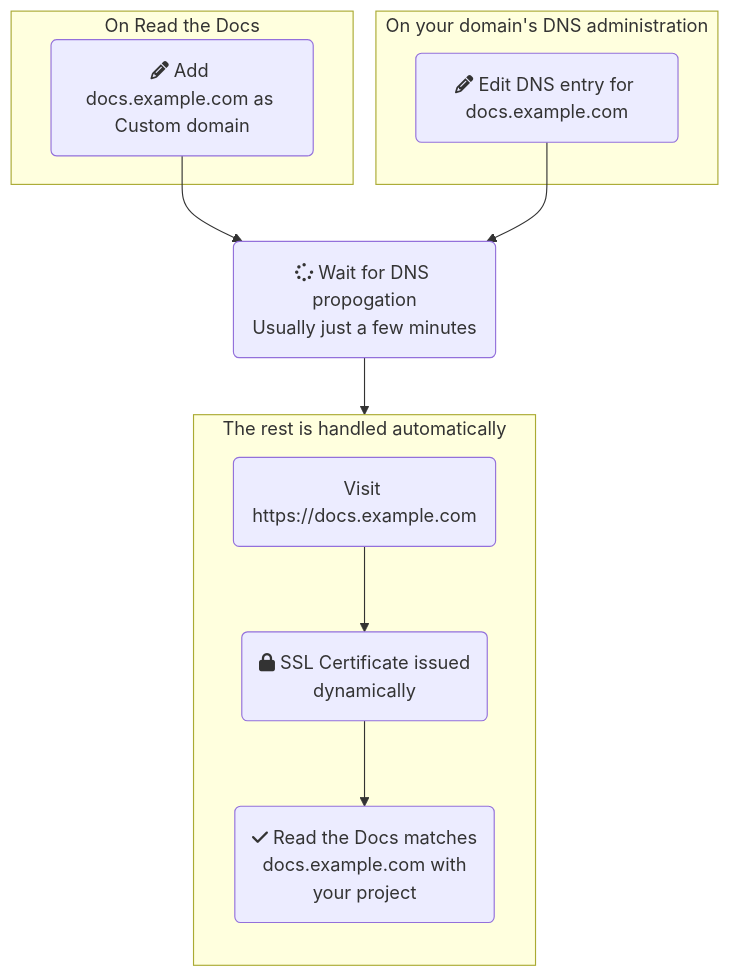
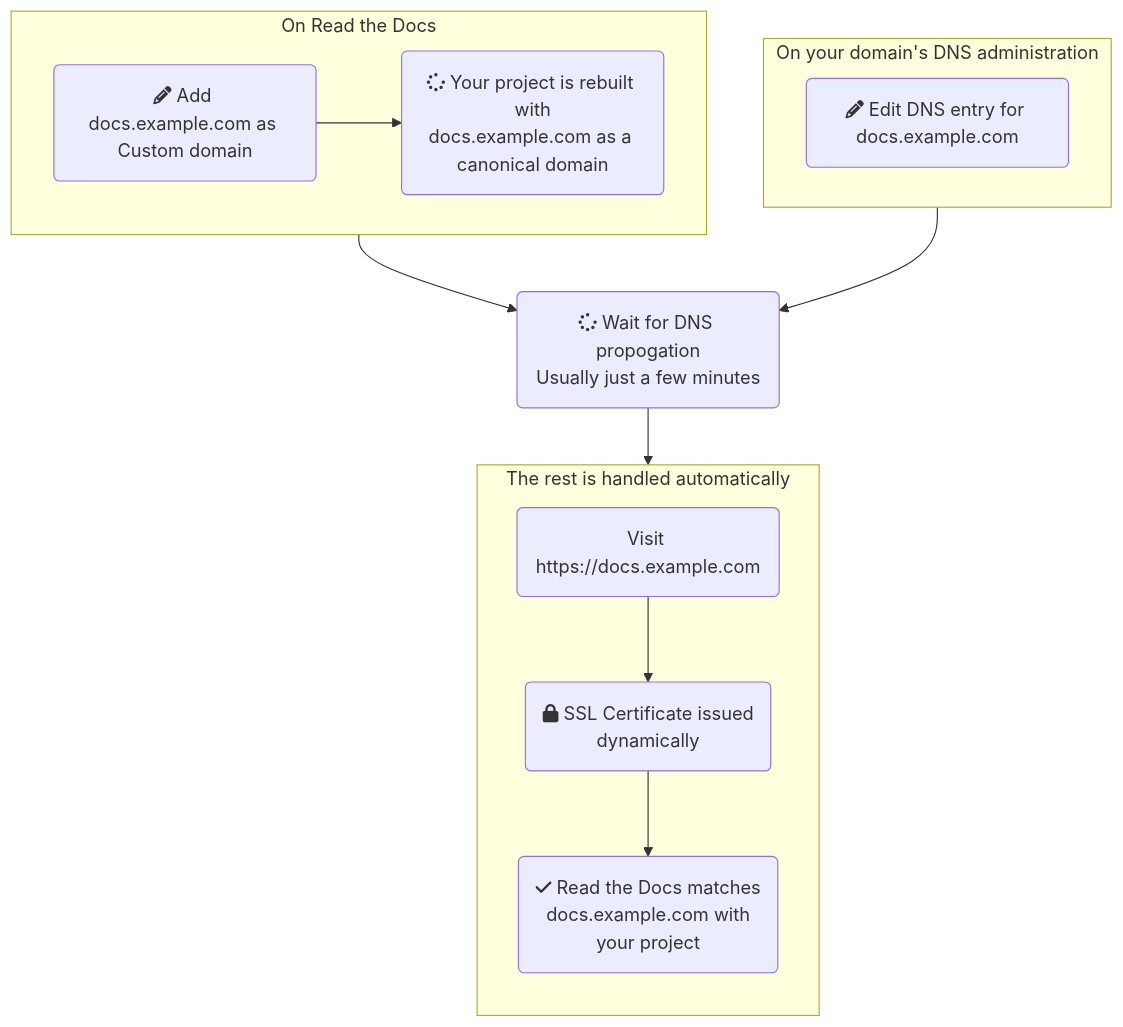
Before and after one commit to readthedocs/readthedocs.org: the diagram in docs/user/custom-domains.rst, drawn with Mermaid. The commit also changed other lines of this file, not shown here.

```diff
--- a/docs/user/custom-domains.rst
+++ b/docs/user/custom-domains.rst
@@ -20,21 +20,22 @@
 .. mermaid::
 
     graph TD
         subgraph rtd [On Read the Docs]
           A(fa:fa-pencil Add docs.example.com as Custom domain)
+          A-->AA(fa:fa-spinner Your project is rebuilt with<br>docs.example.com as a canonical domain)
         end
         subgraph dns [On your domain's DNS administration]
           B(fa:fa-pencil Edit DNS entry for docs.example.com)
         end
 
-        A & B-->C(fa:fa-spinner Wait for DNS propogation<br>Usually just a few minutes)
+        rtd & dns-->C(fa:fa-spinner Wait for DNS propogation<br>Usually just a few minutes)
 
         direction LR
         subgraph automatic [The rest is handled automatically]
           direction TB
           D(Visit https://docs.example.com)
           D-->E(fa:fa-lock SSL Certificate issued<br>dynamically)
           E-->F(fa:fa-check Read the Docs matches<br>docs.example.com with<br>your project<br>)
         end
 
         C-->automatic
```
